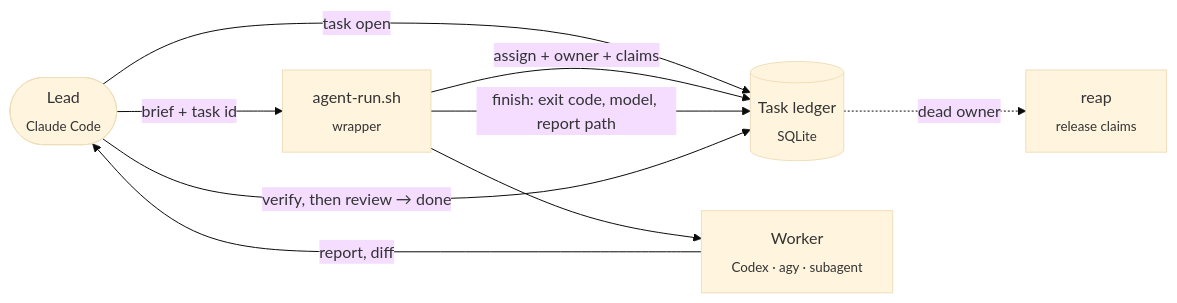
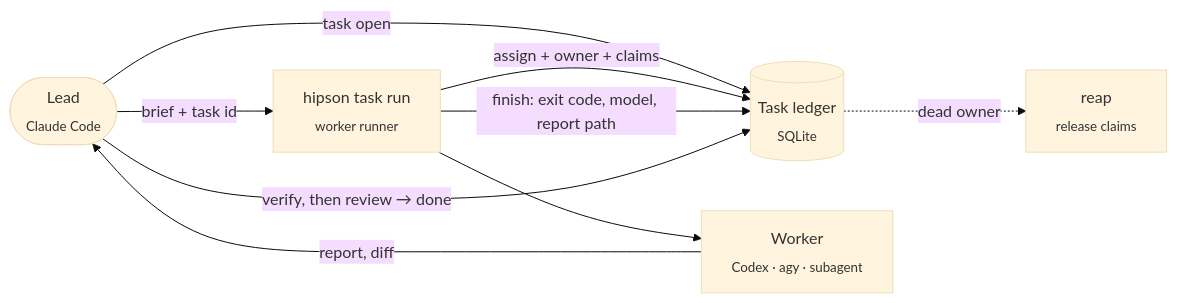
The diagram in README.md (Hipson47/Hipson), drawn with Mermaid (base theme) before and after one commit. The commit also changed other lines of this file and 9 other files, not shown here.

Commit message:
WIP hipson task run (T-0018), unverified on Windows/macOS

````diff
--- a/README.md
+++ b/README.md
@@ -91,11 +91,11 @@
 ```mermaid
 flowchart LR
   L([Lead<br/><sub>Claude Code</sub>]) -->|task open| T[(Task ledger<br/><sub>SQLite</sub>)]
-  L -->|brief + task id| R[agent-run.sh<br/><sub>wrapper</sub>]
+  L -->|brief + task id| R[hipson task run<br/><sub>worker runner</sub>]
   R -->|assign + owner + claims| T
   R --> W[Worker<br/><sub>Codex · agy · subagent</sub>]
   W -->|report, diff| L
   R -->|finish: exit code, model, report path| T
   L -->|verify, then review → done| T
   T -.->|dead owner| X[reap<br/><sub>release claims</sub>]
 ```
````
